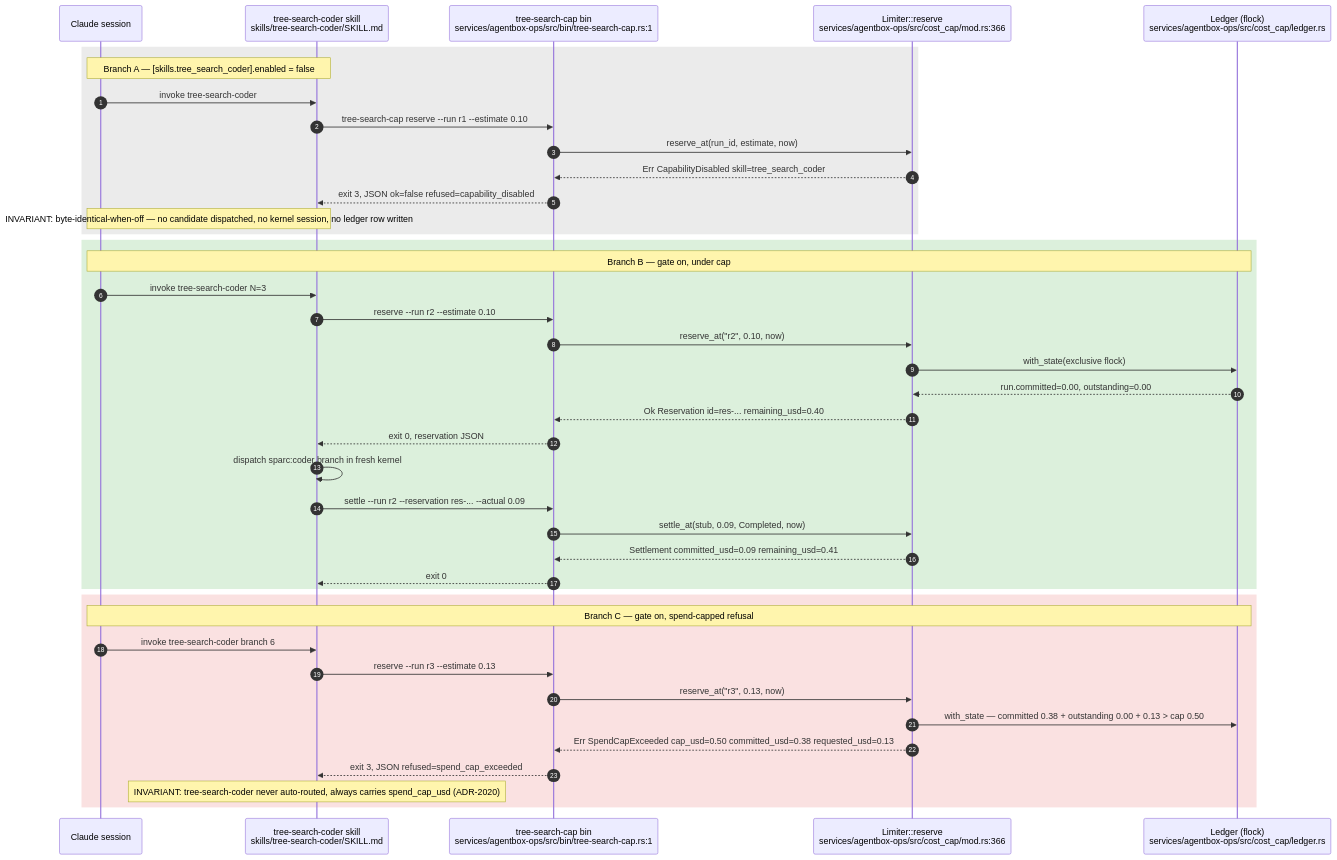
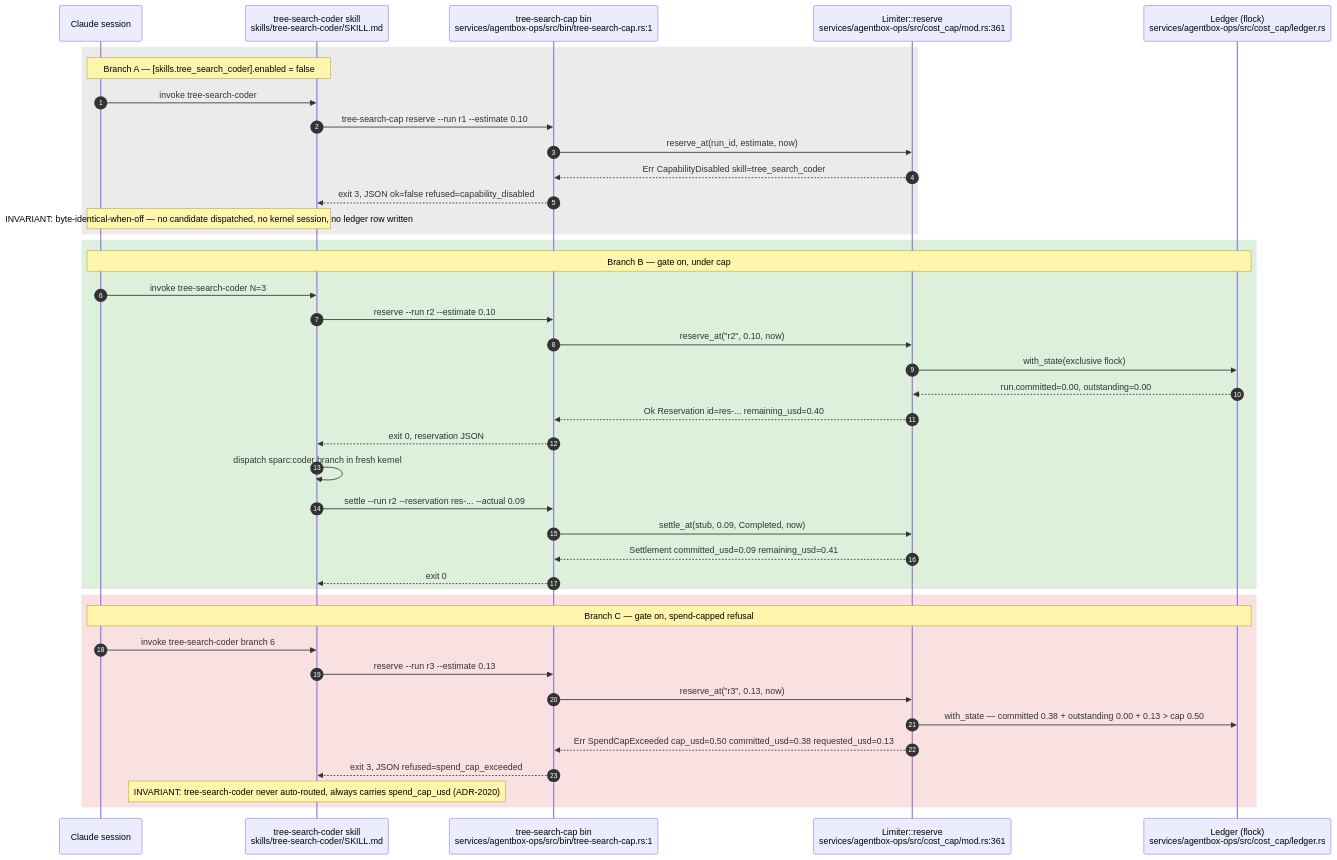
One commit to DreamLab-AI/VisionFlow changed the second of 15 diagrams in docs/diagrams/agentbox/15-capability-gating-spend-consultants.md. Above: the diagram before and after it, drawn with Mermaid. The commit also changed other lines of this file and 160 other files, not shown here.

````diff
--- a/docs/diagrams/agentbox/15-capability-gating-spend-consultants.md
+++ b/docs/diagrams/agentbox/15-capability-gating-spend-consultants.md
@@ -115,46 +117,46 @@
 ```mermaid
 sequenceDiagram
     autonumber
     participant Agent as Claude session
     participant Skill as tree-search-coder skill<br/>skills/tree-search-coder/SKILL.md
     participant CLI as tree-search-cap bin<br/>services/agentbox-ops/src/bin/tree-search-cap.rs:1
-    participant Limiter as Limiter::reserve<br/>services/agentbox-ops/src/cost_cap/mod.rs:366
+    participant Limiter as Limiter::reserve<br/>services/agentbox-ops/src/cost_cap/mod.rs:361
     participant Ledger as Ledger #40;flock#41;<br/>services/agentbox-ops/src/cost_cap/ledger.rs
 
     rect rgb(235,235,235)
     Note over Agent,Skill: Branch A — [skills.tree_search_coder].enabled = false
     Agent->>Skill: invoke tree-search-coder
     Skill->>CLI: tree-search-cap reserve --run r1 --estimate 0.10
     CLI->>Limiter: reserve_at#40;run_id, estimate, now#41;
     Limiter-->>CLI: Err CapabilityDisabled skill=tree_search_coder
     CLI-->>Skill: exit 3, JSON ok=false refused=capability_disabled
     Note over Skill,Agent: INVARIANT: byte-identical-when-off — no candidate dispatched, no kernel session, no ledger row written
     end
 
     rect rgb(220,240,220)
     Note over Agent,Ledger: Branch B — gate on, under cap
     Agent->>Skill: invoke tree-search-coder N=3
     Skill->>CLI: reserve --run r2 --estimate 0.10
     CLI->>Limiter: reserve_at#40;"r2", 0.10, now#41;
     Limiter->>Ledger: with_state#40;exclusive flock#41;
     Ledger-->>Limiter: run.committed=0.00, outstanding=0.00
     Limiter-->>CLI: Ok Reservation id=res-... remaining_usd=0.40
     CLI-->>Skill: exit 0, reservation JSON
     Skill->>Skill: dispatch sparc:coder branch in fresh kernel
     Skill->>CLI: settle --run r2 --reservation res-... --actual 0.09
     CLI->>Limiter: settle_at#40;stub, 0.09, Completed, now#41;
     Limiter-->>CLI: Settlement committed_usd=0.09 remaining_usd=0.41
     CLI-->>Skill: exit 0
     end
 
     rect rgb(250,225,225)
     Note over Agent,Ledger: Branch C — gate on, spend-capped refusal
     Agent->>Skill: invoke tree-search-coder branch 6
     Skill->>CLI: reserve --run r3 --estimate 0.13
     CLI->>Limiter: reserve_at#40;"r3", 0.13, now#41;
     Limiter->>Ledger: with_state — committed 0.38 + outstanding 0.00 + 0.13 #62; cap 0.50
     Limiter-->>CLI: Err SpendCapExceeded cap_usd=0.50 committed_usd=0.38 requested_usd=0.13
     CLI-->>Skill: exit 3, JSON refused=spend_cap_exceeded
     Note over Skill: INVARIANT: tree-search-coder never auto-routed, always carries spend_cap_usd (ADR-2020)
     end
 ```
````
